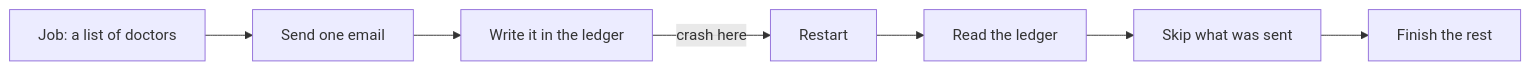
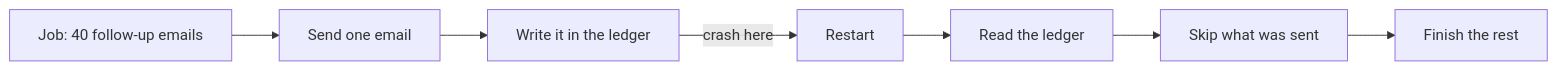
Before and after one commit to learnwithparam/agentic-ai-live-labs: the diagram in docs/labs/21-crash-and-resume.md, drawn with Mermaid. The commit also changed other lines of this file and 10 other files, not shown here.

````diff
--- a/docs/labs/21-crash-and-resume.md
+++ b/docs/labs/21-crash-and-resume.md
@@ -7,9 +7,9 @@
 ```mermaid
 flowchart LR
-  A["Job: a list of doctors"] --> B["Send one email"]
+  A["Job: 40 follow-up emails"] --> B["Send one email"]
   B --> C["Write it in the ledger"]
   C -->|"crash here"| D["Restart"]
   D --> E["Read the ledger"]
   E --> F["Skip what was sent"]
   F --> G["Finish the rest"]
 ```
````
